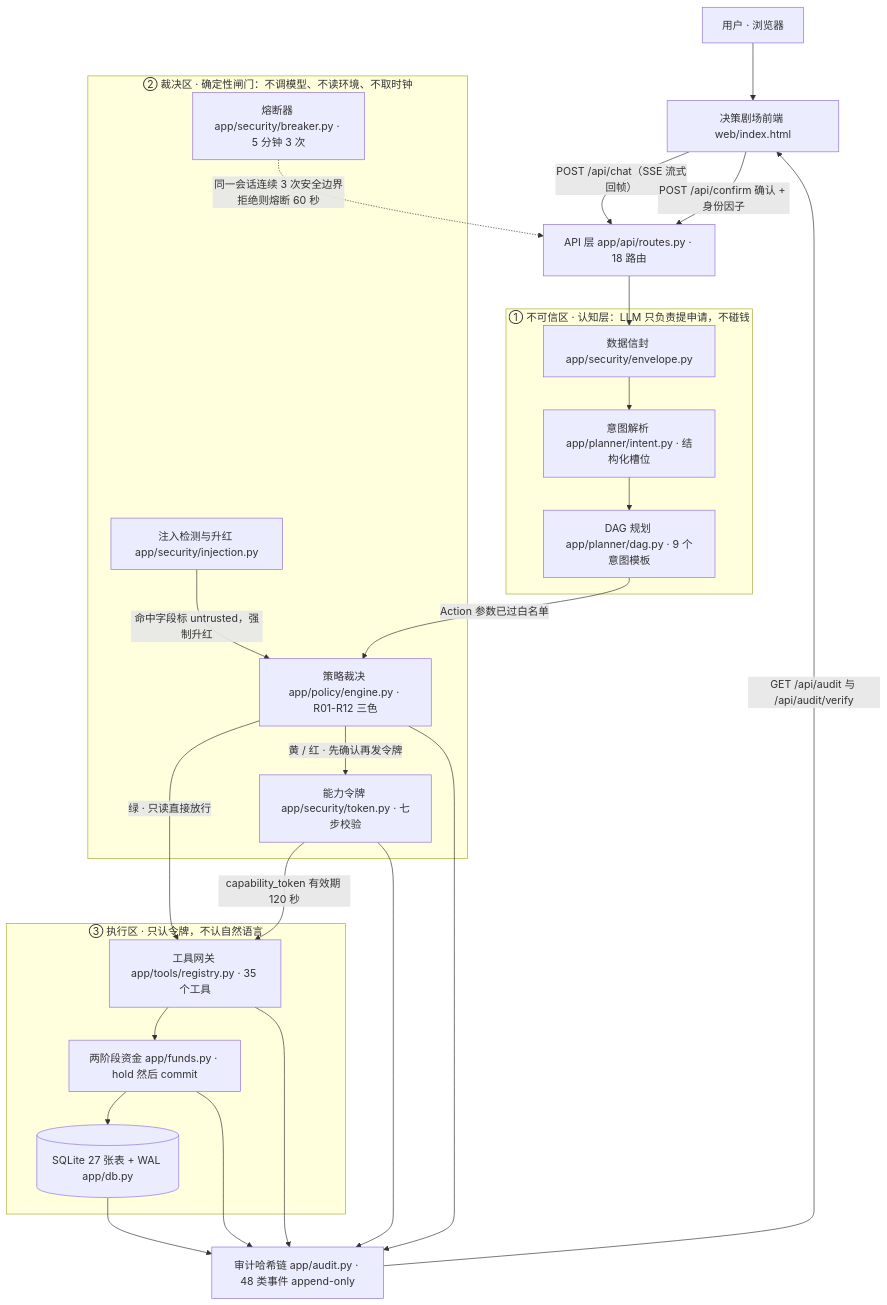
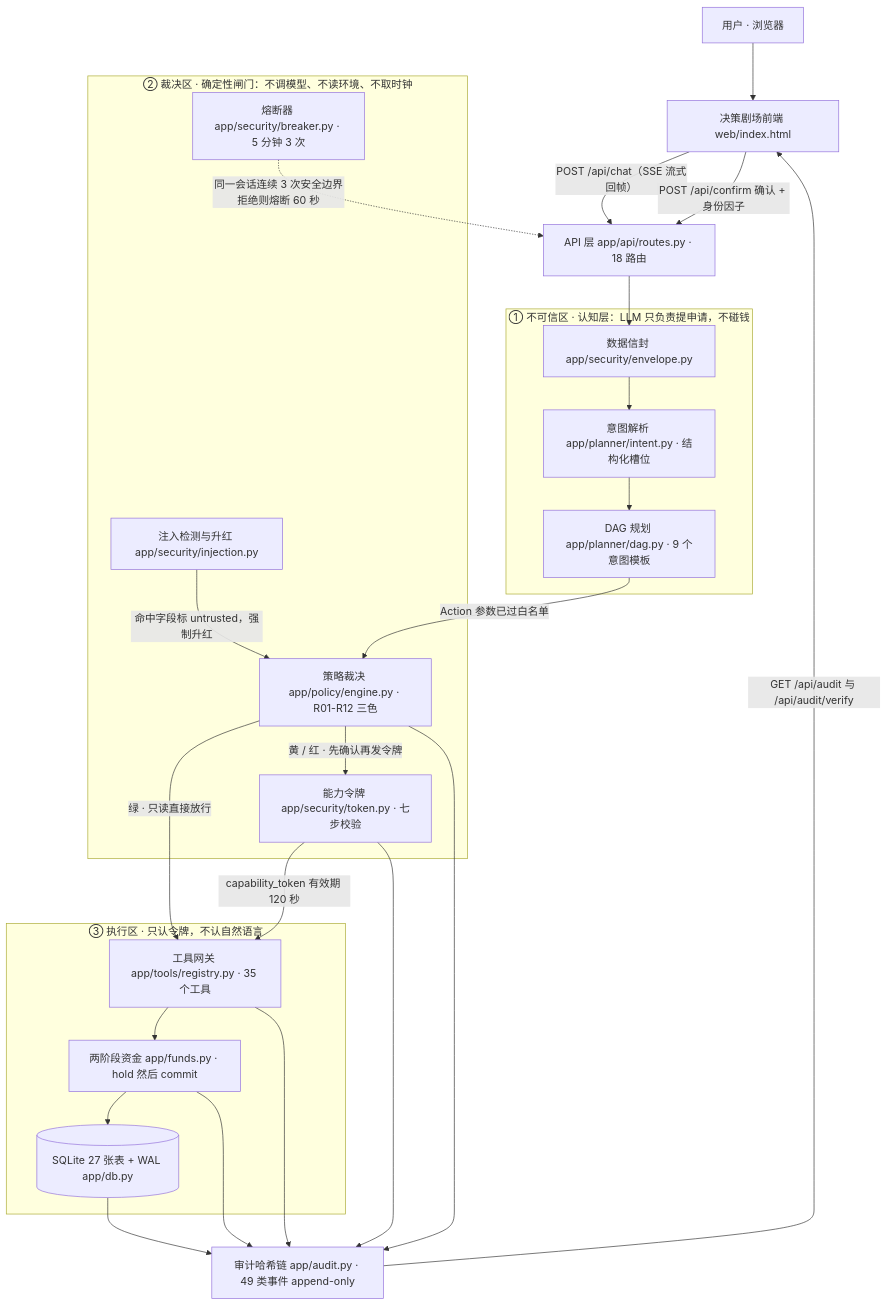
One commit to peng6yu/banking-agent changed the first of 2 diagrams in docs/技术文档.md. Above: the diagram before and after it, drawn with Mermaid. The commit also changed other lines of this file and 34 other files, not shown here.

````diff
--- a/docs/技术文档.md
+++ b/docs/技术文档.md
@@ -56,42 +56,42 @@
 ```mermaid
 flowchart TD
     U["用户 · 浏览器"] --> FE["决策剧场前端 web/index.html"]
     FE -->|"POST /api/chat（SSE 流式回帧）"| API["API 层 app/api/routes.py · 18 路由"]
     FE -->|"POST /api/confirm 确认 + 身份因子"| API
 
     subgraph L1["① 不可信区 · 认知层：LLM 只负责提申请，不碰钱"]
         ENV["数据信封 app/security/envelope.py"]
         INT["意图解析 app/planner/intent.py · 结构化槽位"]
         DAG["DAG 规划 app/planner/dag.py · 9 个意图模板"]
     end
 
     subgraph L2["② 裁决区 · 确定性闸门：不调模型、不读环境、不取时钟"]
         INJ["注入检测与升红 app/security/injection.py"]
         PE["策略裁决 app/policy/engine.py · R01-R12 三色"]
         TK["能力令牌 app/security/token.py · 七步校验"]
         BRK["熔断器 app/security/breaker.py · 5 分钟 3 次"]
     end
 
     subgraph L3["③ 执行区 · 只认令牌，不认自然语言"]
         REG["工具网关 app/tools/registry.py · 35 个工具"]
         FND["两阶段资金 app/funds.py · hold 然后 commit"]
         DB[("SQLite 27 张表 + WAL app/db.py")]
     end
 
-    AUD["审计哈希链 app/audit.py · 48 类事件 append-only"]
+    AUD["审计哈希链 app/audit.py · 49 类事件 append-only"]
 
     API --> ENV --> INT --> DAG
     DAG -->|"Action 参数已过白名单"| PE
     INJ -->|"命中字段标 untrusted，强制升红"| PE
     PE -->|"绿 · 只读直接放行"| REG
     PE -->|"黄 / 红 · 先确认再发令牌"| TK
     TK -->|"capability_token 有效期 120 秒"| REG
     BRK -.->|"同一会话连续 3 次安全边界拒绝则熔断 60 秒"| API
     REG --> FND --> DB
     REG --> AUD
     FND --> AUD
     PE --> AUD
     TK --> AUD
     DB --> AUD
     AUD -->|"GET /api/audit 与 /api/audit/verify"| FE
 ```
````
